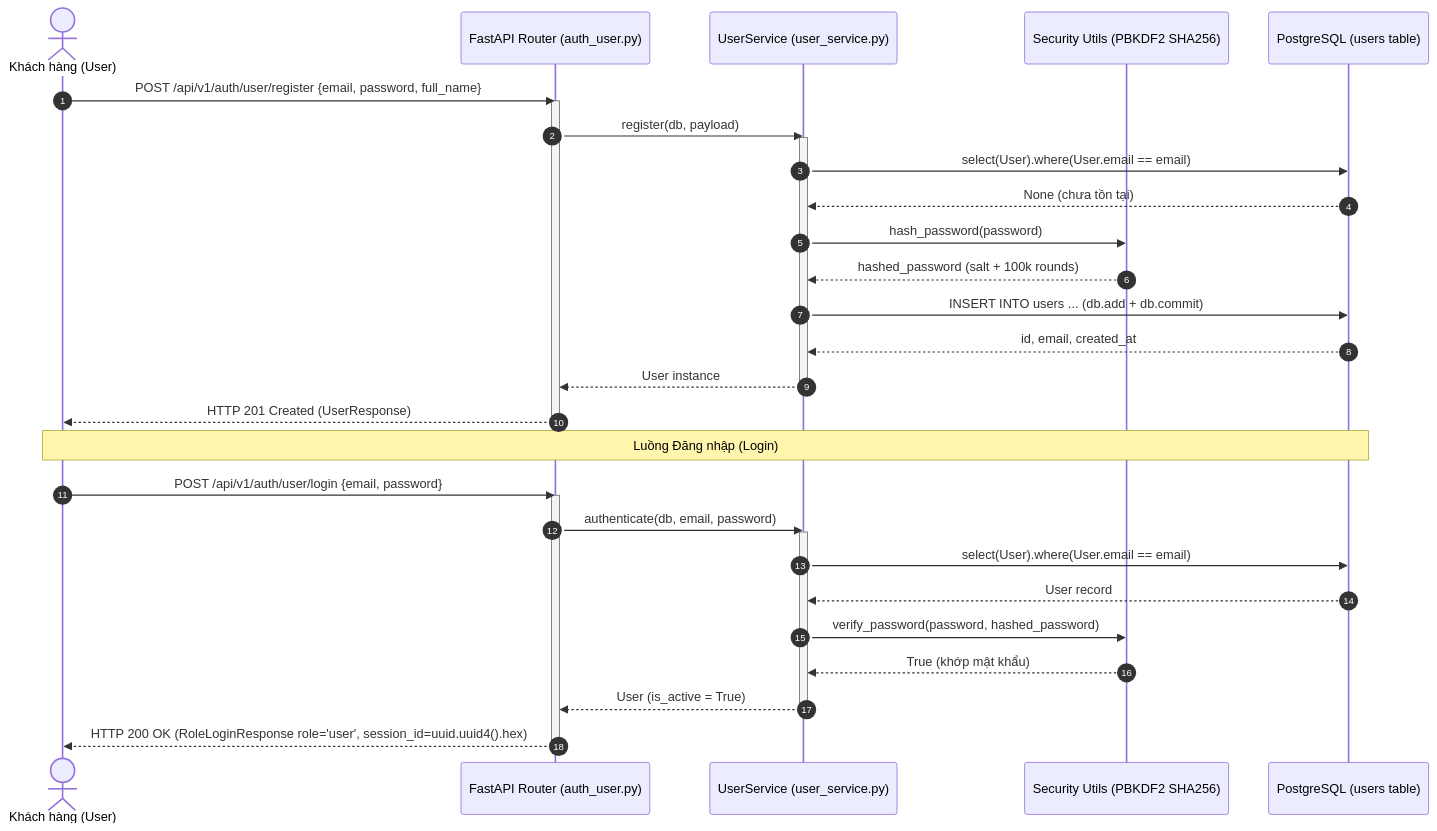
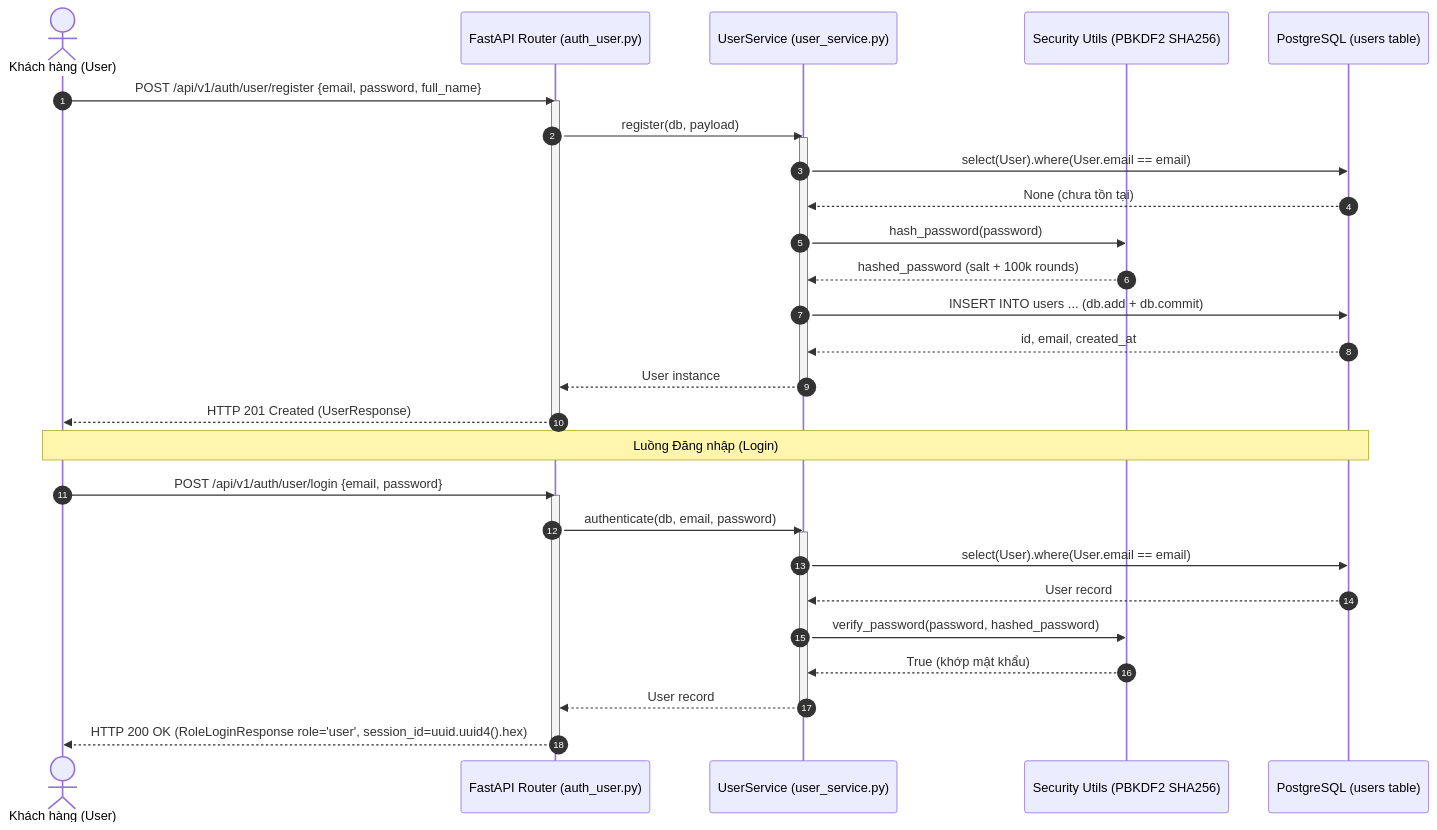
The first of 9 diagrams in docs/sequence-diagrams.md (TrnThanh/Test), drawn with Mermaid before and after one commit. The commit also changed 28 other files, not shown here.

````diff
--- a/docs/sequence-diagrams.md
+++ b/docs/sequence-diagrams.md
@@ -31,38 +31,38 @@
 ```mermaid
 sequenceDiagram
     autonumber
     actor User as Khách hàng (User)
     participant API as FastAPI Router (auth_user.py)
     participant Svc as UserService (user_service.py)
     participant Sec as Security Utils (PBKDF2 SHA256)
     participant DB as PostgreSQL (users table)
 
     User->>API: POST /api/v1/auth/user/register {email, password, full_name}
     activate API
     API->>Svc: register(db, payload)
     activate Svc
     Svc->>DB: select(User).where(User.email == email)
     DB-->>Svc: None (chưa tồn tại)
     Svc->>Sec: hash_password(password)
     Sec-->>Svc: hashed_password (salt + 100k rounds)
     Svc->>DB: INSERT INTO users ... (db.add + db.commit)
     DB-->>Svc: id, email, created_at
     Svc-->>API: User instance
     deactivate Svc
     API-->>User: HTTP 201 Created (UserResponse)
     deactivate API
 
     Note over User, DB: Luồng Đăng nhập (Login)
     User->>API: POST /api/v1/auth/user/login {email, password}
     activate API
     API->>Svc: authenticate(db, email, password)
     activate Svc
     Svc->>DB: select(User).where(User.email == email)
     DB-->>Svc: User record
     Svc->>Sec: verify_password(password, hashed_password)
     Sec-->>Svc: True (khớp mật khẩu)
-    Svc-->>API: User (is_active = True)
+    Svc-->>API: User record
     deactivate Svc
     API-->>User: HTTP 200 OK (RoleLoginResponse role='user', session_id=uuid.uuid4().hex)
     deactivate API
 ```
````
